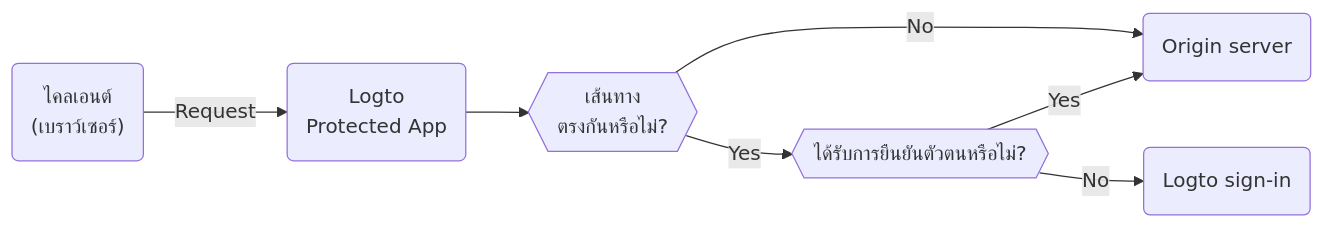
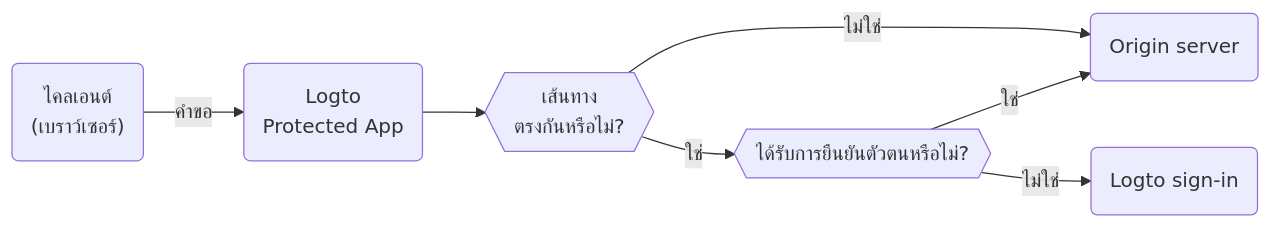
Before and after one commit to logto-io/docs: the diagram in i18n/th/docusaurus-plugin-content-docs/current/integrate-logto/protected-app.mdx, drawn with Mermaid. The commit also changed other lines of this file and 53 other files, not shown here.

````diff
--- a/i18n/th/docusaurus-plugin-content-docs/current/integrate-logto/protected-app.mdx
+++ b/i18n/th/docusaurus-plugin-content-docs/current/integrate-logto/protected-app.mdx
@@ -19,9 +21,9 @@
 ```mermaid
 graph LR
-  A("ไคลเอนต์<br/>(เบราว์เซอร์)") -->|Request| B(Logto<br/>Protected App)
+  A("ไคลเอนต์<br/>(เบราว์เซอร์)") -->|คำขอ| B(Logto<br/>Protected App)
   B --> Condition{{เส้นทาง<br/>ตรงกันหรือไม่?}}
-  Condition -->|Yes| Matched{{ได้รับการยืนยันตัวตนหรือไม่?}}
-  Matched -->|Yes| C(Origin server)
-  Matched -->|No| D(Logto sign-in)
-  Condition -->|No| C
+  Condition -->|ใช่| Matched{{ได้รับการยืนยันตัวตนหรือไม่?}}
+  Matched -->|ใช่| C(Origin server)
+  Matched -->|ไม่ใช่| D(Logto sign-in)
+  Condition -->|ไม่ใช่| C
 ```
````
